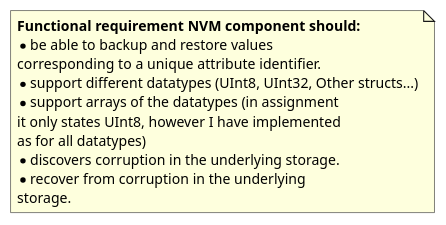
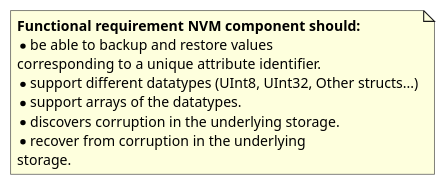
One commit to kevinwong1983/AttributeAllocationTable changed the first of 6 diagrams in doc/design.md. Above: the diagram before and after it, drawn with PlantUML. The commit also changed other lines of this file and 2 other files, not shown here.

```diff
--- a/doc/design.md
+++ b/doc/design.md
@@ -2,16 +2,14 @@
 @startuml FunctionalRequirment
 
 note as N1
 <b>Functional requirement NVM component should:
 * be able to backup and restore values
 corresponding to a unique attribute identifier.
 * support different datatypes (UInt8, UInt32, Other structs...)
-* support arrays of the datatypes (in assignment
-it only states UInt8, however I have implemented
-as for all datatypes)
+* support arrays of the datatypes.
 * discovers corruption in the underlying storage.
 * recover from corruption in the underlying
 storage.
 end note
 
 @enduml
```
